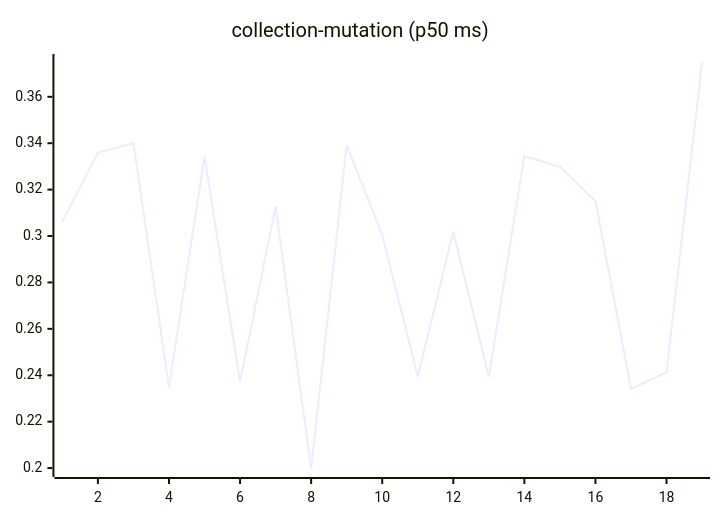
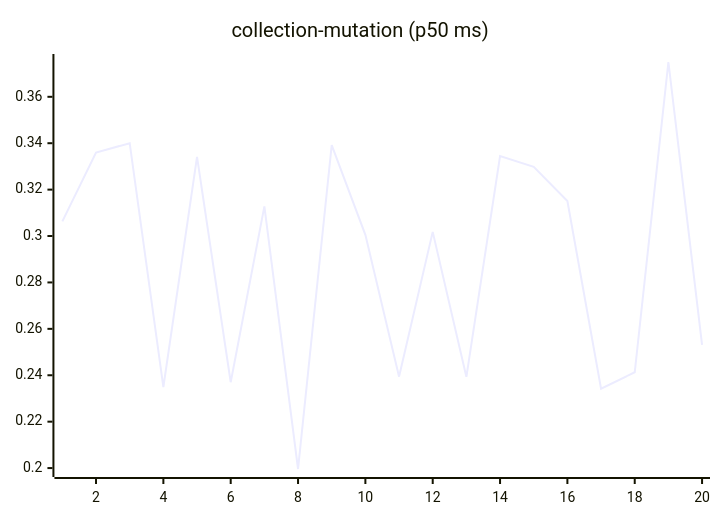
One commit to josha/Facet changed the sixth of 27 diagrams in README.md. Above: the diagram before and after it, drawn with Mermaid. The commit also changed other lines of this file and 2 other files, not shown here.

````diff
--- a/README.md
+++ b/README.md
@@ -98,6 +98,6 @@
 ```mermaid
 xychart-beta
     title "collection-mutation (p50 ms)"
-    x-axis 1 --> 19
-    line [0.3063, 0.3360, 0.3400, 0.2349, 0.3341, 0.2370, 0.3128, 0.1996, 0.3392, 0.3005, 0.2394, 0.3018, 0.2393, 0.3345, 0.3298, 0.3151, 0.2342, 0.2413, 0.3750]
+    x-axis 1 --> 20
+    line [0.3063, 0.3360, 0.3400, 0.2349, 0.3341, 0.2370, 0.3128, 0.1996, 0.3392, 0.3005, 0.2394, 0.3018, 0.2393, 0.3345, 0.3298, 0.3151, 0.2342, 0.2413, 0.3750, 0.2531]
 ```
````
